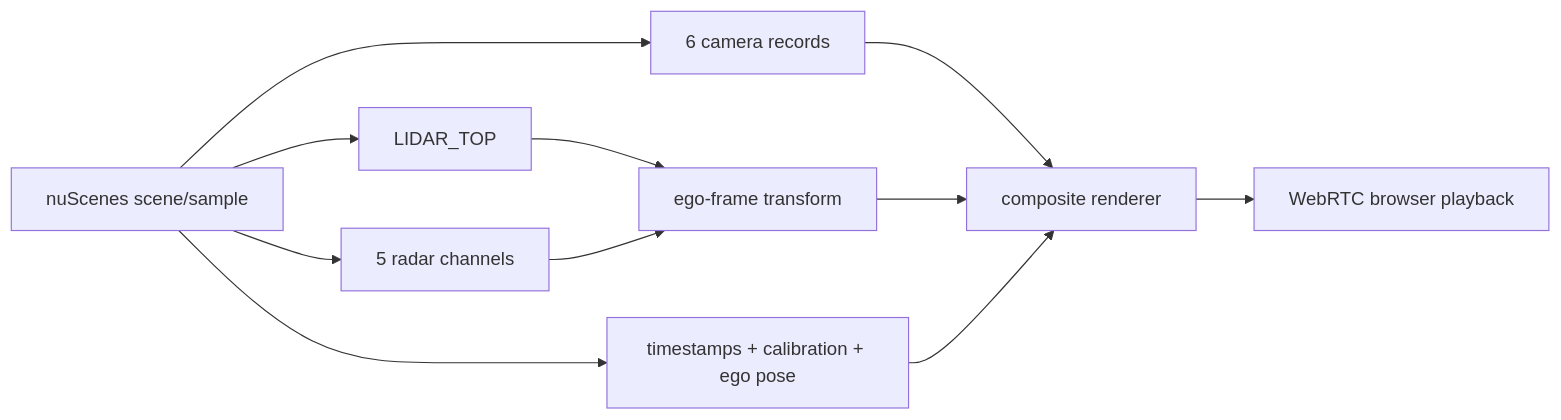
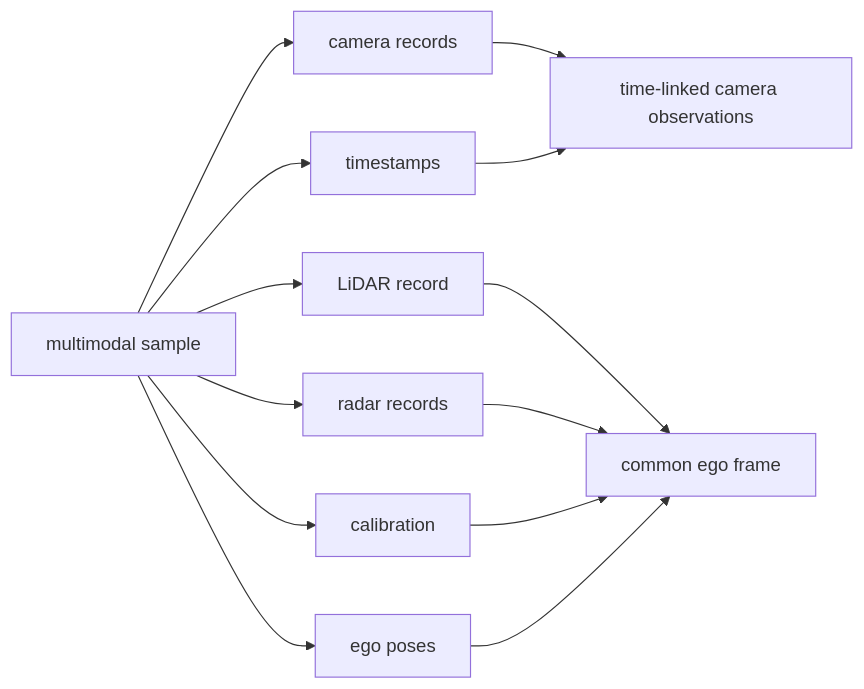
Before and after one commit to abhishekkumardwivedi/abhishekkumardwivedi.github.io: the first of 2 diagrams in src/content/docs/articles/nuscenes-autonomy-pipeline.md, drawn with Mermaid. The commit also changed other lines of this file, not shown here.

Commit message:
Link Stage 3 and refocus autonomy roadmap

````diff
--- a/src/content/docs/articles/nuscenes-autonomy-pipeline.md
+++ b/src/content/docs/articles/nuscenes-autonomy-pipeline.md
@@ -48,13 +42,15 @@
 ```mermaid
 flowchart LR
-    A["nuScenes scene/sample"] --> B["6 camera records"]
-    A --> C["LIDAR_TOP"]
-    A --> D["5 radar channels"]
-    A --> E["timestamps + calibration + ego pose"]
-    C --> F["ego-frame transform"]
-    D --> F
-    B --> G["composite renderer"]
-    F --> G
-    E --> G
-    G --> H["WebRTC browser playback"]
+    A["multimodal sample"] --> B["camera records"]
+    A --> C["LiDAR record"]
+    A --> D["radar records"]
+    A --> E["timestamps"]
+    A --> F["calibration"]
+    A --> G["ego poses"]
+    C --> H["common ego frame"]
+    D --> H
+    F --> H
+    G --> H
+    B --> I["time-linked camera observations"]
+    E --> I
 ```
````
